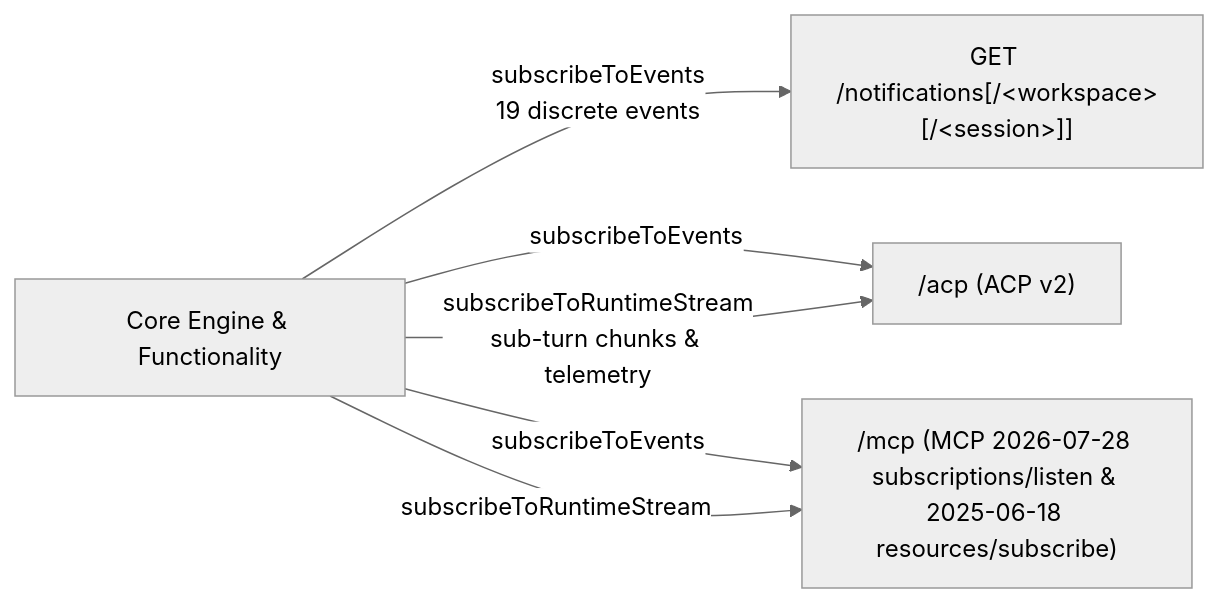
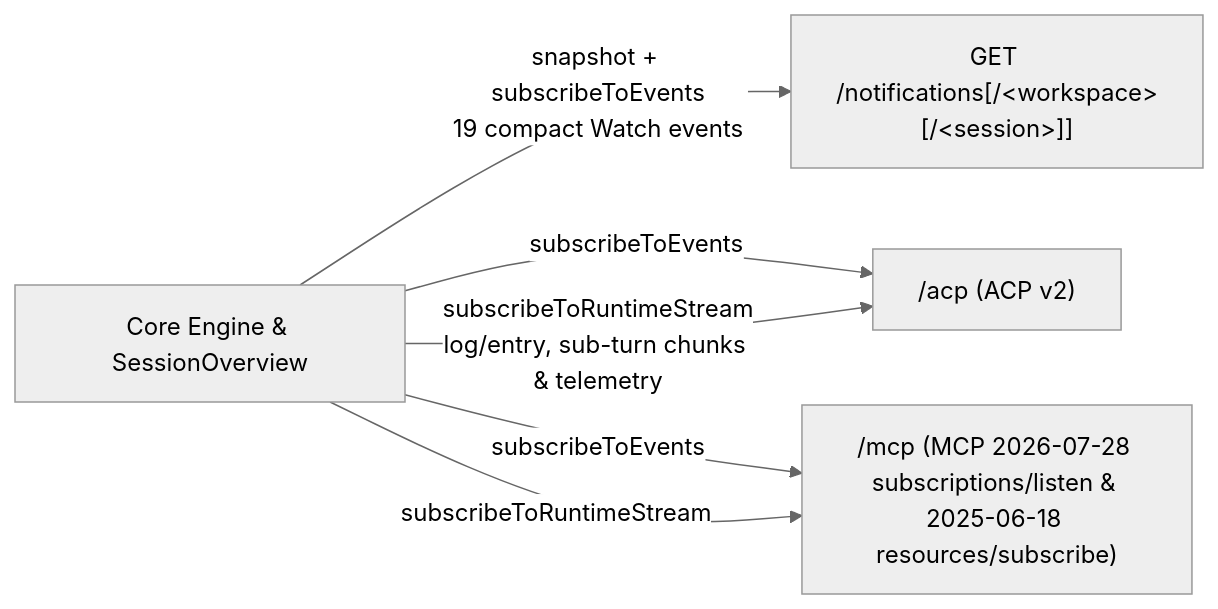
Before and after one commit to plurnk/plurnk-service: the diagram in plurnk-core/docs/notifications.md, drawn with Mermaid (neutral theme). The commit also changed other lines of this file and 52 other files, not shown here.

Commit message:
feat(notifications): establish homomorphic watch plane and unified overview (#1601)

````diff
--- a/plurnk-core/docs/notifications.md
+++ b/plurnk-core/docs/notifications.md
@@ -5,8 +5,8 @@
 ```mermaid
 flowchart LR
-    Core["Core Engine & Functionality"] -->|"subscribeToEvents<br/>19 discrete events"| SSE["GET /notifications[/&lt;workspace&gt;[/&lt;session&gt;]]"]
+    Core["Core Engine & SessionOverview"] -->|"snapshot + subscribeToEvents<br/>19 compact Watch events"| SSE["GET /notifications[/&lt;workspace&gt;[/&lt;session&gt;]]"]
     Core -->|"subscribeToEvents"| ACP["/acp (ACP v2)"]
     Core -->|"subscribeToEvents"| MCP["/mcp (MCP 2026-07-28 subscriptions/listen & 2025-06-18 resources/subscribe)"]
-    Core -->|"subscribeToRuntimeStream<br/>sub-turn chunks & telemetry"| ACP
+    Core -->|"subscribeToRuntimeStream<br/>log/entry, sub-turn chunks & telemetry"| ACP
     Core -->|"subscribeToRuntimeStream"| MCP
 ```
````
